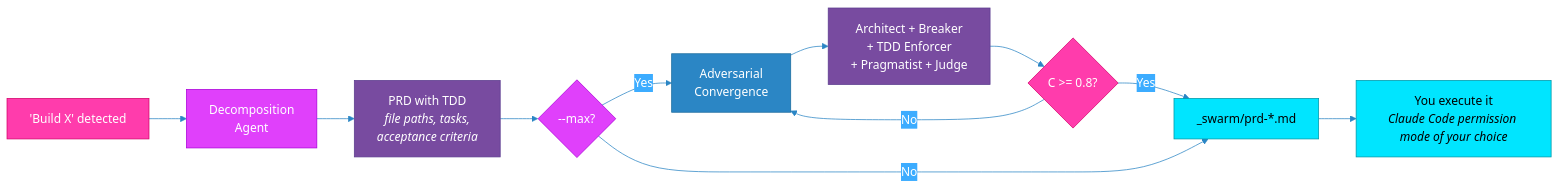
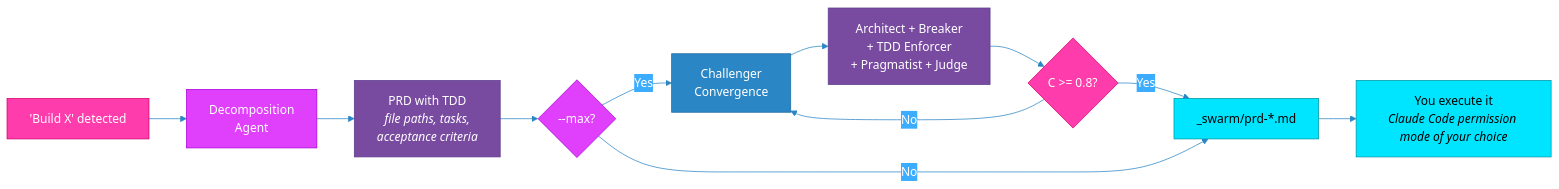
One commit to qinnovates/quorum changed the eighth of 9 diagrams in README.md. Above: the diagram before and after it, drawn with Mermaid. The commit also changed other lines of this file and 37 other files, not shown here.

````diff
--- a/README.md
+++ b/README.md
@@ -576,24 +600,24 @@
 ```mermaid
 %%{init: {'theme': 'base', 'themeVariables': {'primaryColor': '#FF3CAC', 'primaryTextColor': '#fff', 'primaryBorderColor': '#D4006A', 'lineColor': '#2B86C5', 'background': '#0d1117'}}}%%
 graph LR
     A["'Build X' detected"] --> B["Decomposition<br/>Agent"]
     B --> C["PRD with TDD<br/><i>file paths, tasks,<br/>acceptance criteria</i>"]
     C --> D{"--max?"}
-    D -->|"Yes"| E["Adversarial<br/>Convergence"]
+    D -->|"Yes"| E["Challenger<br/>Convergence"]
     E --> F["Architect + Breaker<br/>+ TDD Enforcer<br/>+ Pragmatist + Judge"]
     F --> G{"C >= 0.8?"}
     G -->|"No"| E
     G -->|"Yes"| H["_swarm/prd-*.md"]
     D -->|"No"| H
     H --> I["You execute it<br/><i>Claude Code permission mode of your choice</i>"]
 
     style A fill:#FF3CAC,stroke:#D4006A,color:#fff
     style B fill:#E040FB,stroke:#AB00D9,color:#fff
     style C fill:#784BA0,stroke:#5C3D8F,color:#fff
     style D fill:#E040FB,stroke:#AB00D9,color:#fff
     style E fill:#2B86C5,stroke:#1A6B9E,color:#fff
     style F fill:#784BA0,stroke:#5C3D8F,color:#fff
     style G fill:#FF3CAC,stroke:#D4006A,color:#fff
     style H fill:#00E5FF,stroke:#0097A7,color:#000
     style I fill:#00E5FF,stroke:#0097A7,color:#000
 ```
````
